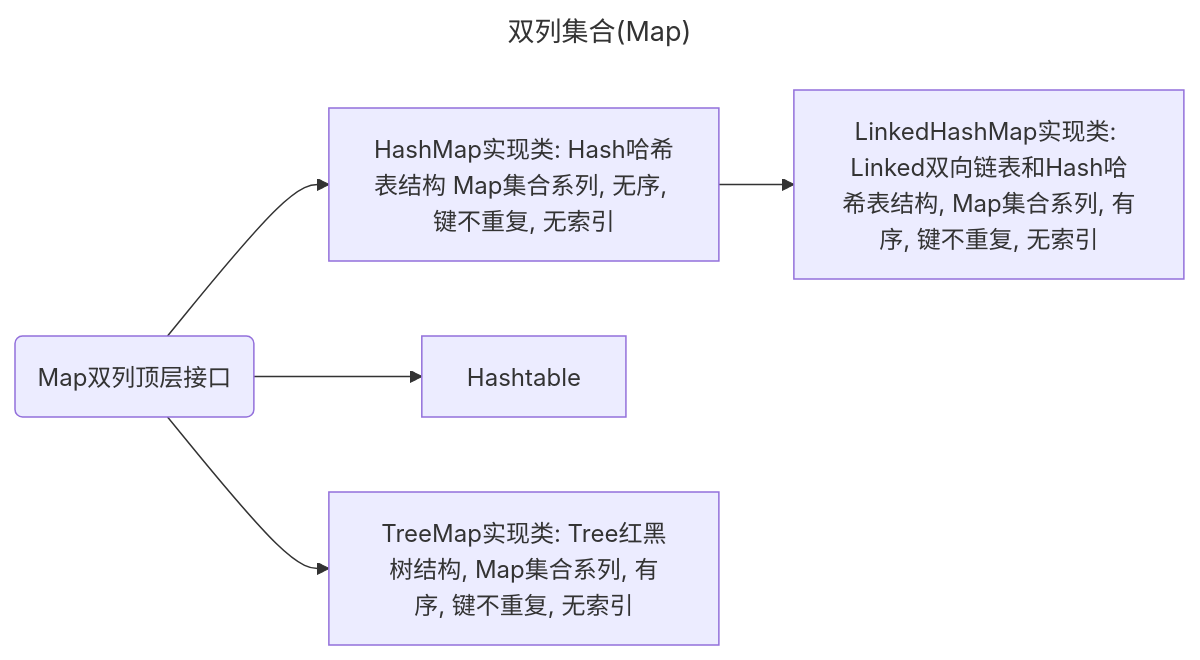
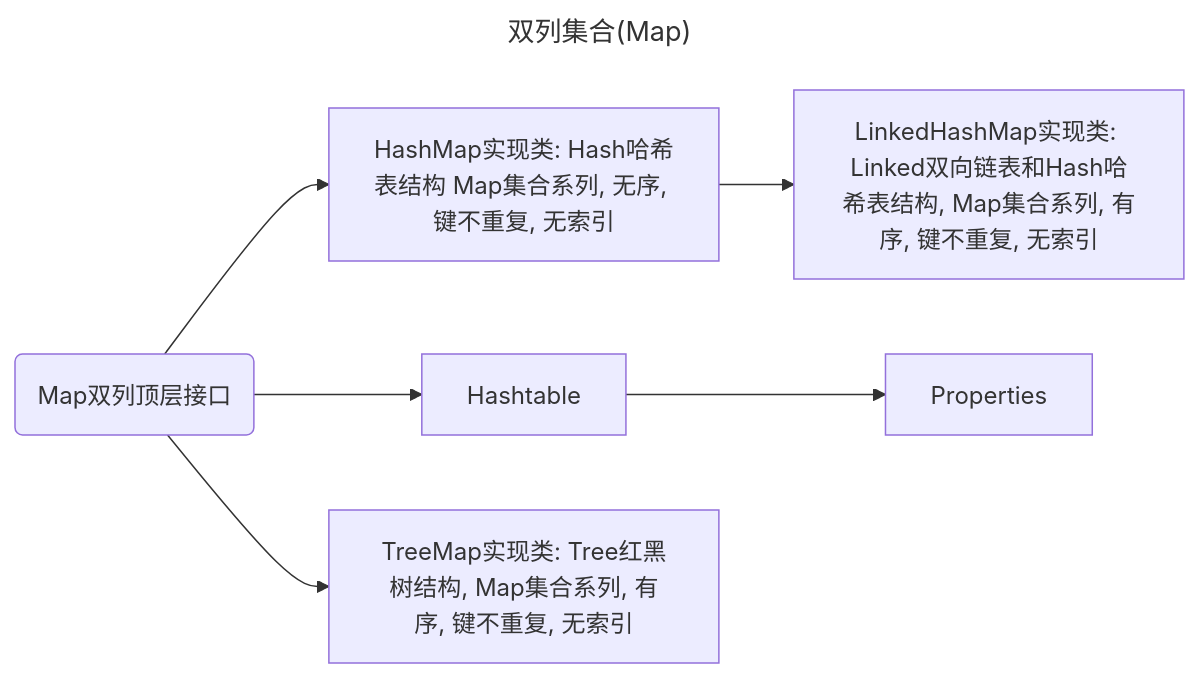
One commit to FairylandTech/dev-hub changed the second of 2 diagrams in codes/java/playground/playground-01/playground-10-set-advanced/README.md. Above: the diagram before and after it, drawn with Mermaid. The commit also changed 16 other files, not shown here.

````diff
--- a/codes/java/playground/playground-01/playground-10-set-advanced/README.md
+++ b/codes/java/playground/playground-01/playground-10-set-advanced/README.md
@@ -39,10 +39,11 @@
 ```mermaid
 ---
 title: 双列集合(Map)
 ---
 graph LR
     Map(Map双列顶层接口) --> HashMap[HashMap实现类: Hash哈希表结构 Map集合系列, 无序, 键不重复, 无索引]
     Map(Map双列顶层接口) --> Hashtable[Hashtable]
     Map(Map双列顶层接口) --> TreeMap[TreeMap实现类: Tree红黑树结构, Map集合系列, 有序, 键不重复, 无索引]
+    Hashtable[Hashtable] --> Properties[Properties]
     HashMap[HashMap实现类: Hash哈希表结构 Map集合系列, 无序, 键不重复, 无索引] --> LinkedHashMap[LinkedHashMap实现类: Linked双向链表和Hash哈希表结构, Map集合系列, 有序, 键不重复, 无索引]
 ```
````
